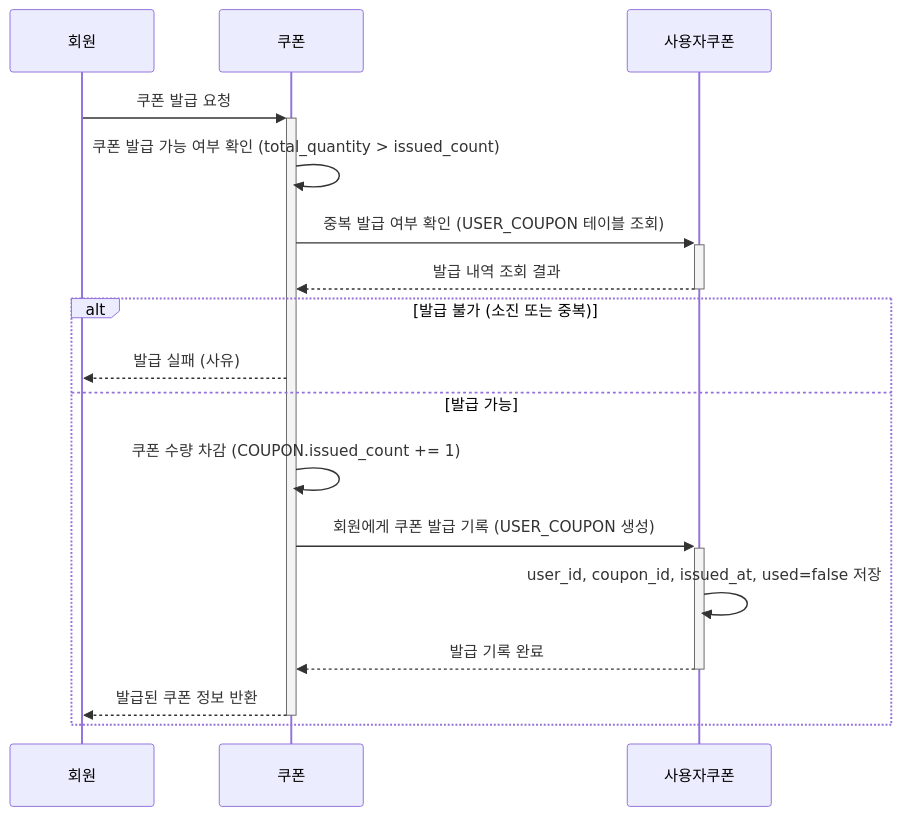
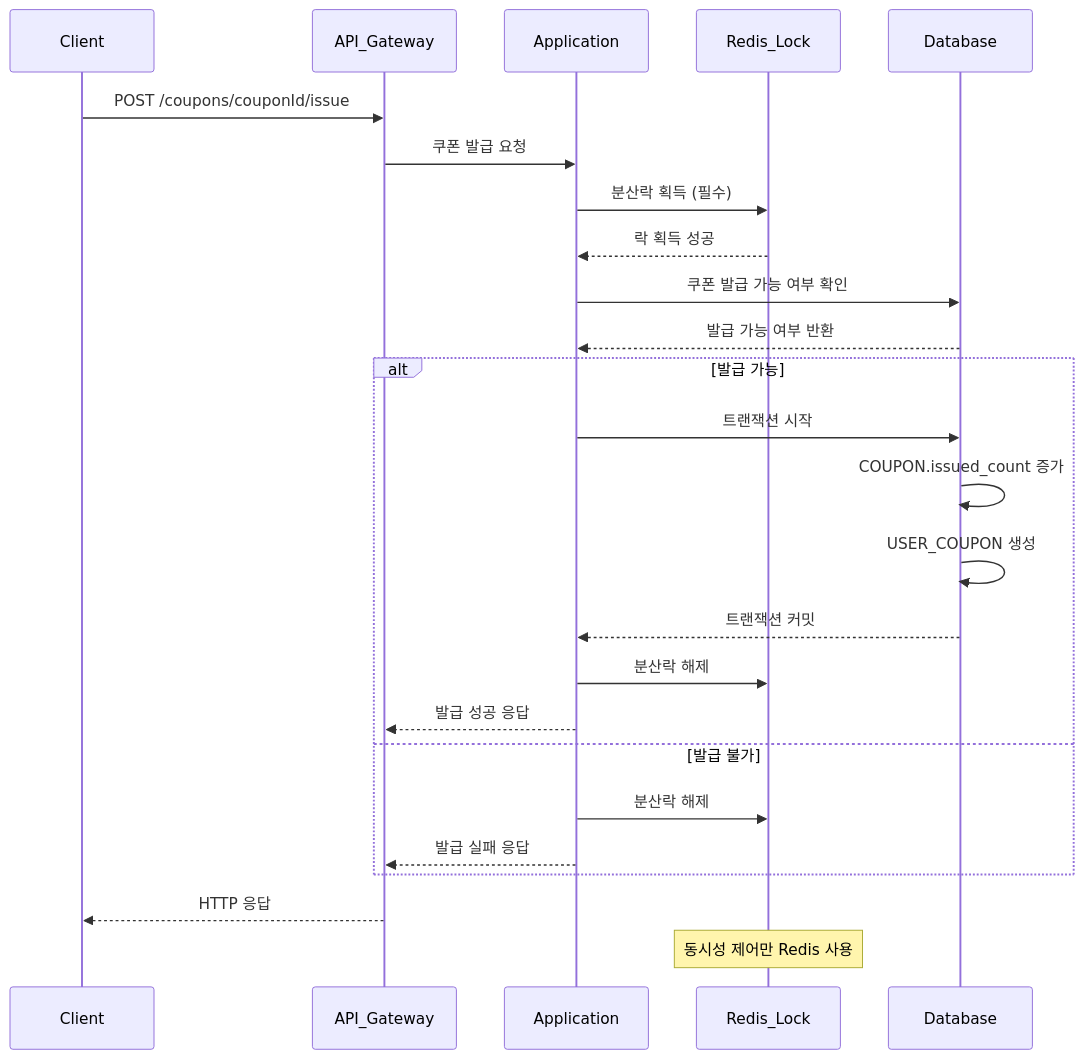
Before and after one commit to yuni02/hhplus-ecommerce: the fourth of 7 diagrams in docs/sequence_diagram.md, drawn with Mermaid. The commit also changed other lines of this file and 2 other files, not shown here.

First line of the commit message:
chore: erd에 상태값 추가하고 시퀀스 다이어그램을 기술적 계층 단위별로 분리하는 방식으로 변경

````diff
--- a/docs/sequence_diagram.md
+++ b/docs/sequence_diagram.md
@@ -59,21 +85,34 @@
 ```mermaid
 sequenceDiagram
-    participant User as 회원
-    participant Coupon as 쿠폰
-    participant UserCoupon as 사용자쿠폰
+    participant Client as Client
+    participant API as API_Gateway
+    participant App as Application
+    participant Redis as Redis_Lock
+    participant DB as Database
 
-    User->>+Coupon: 쿠폰 발급 요청
-    Coupon->>Coupon: 쿠폰 발급 가능 여부 확인 (total_quantity > issued_count)
-    Coupon->>+UserCoupon: 중복 발급 여부 확인 (USER_COUPON 테이블 조회)
-    UserCoupon-->>-Coupon: 발급 내역 조회 결과
+    Client->>API: POST /coupons/couponId/issue
+    API->>App: 쿠폰 발급 요청
 
-    alt 발급 불가 (소진 또는 중복)
-        Coupon-->>User: 발급 실패 (사유)
-    else 발급 가능
-        Coupon->>Coupon: 쿠폰 수량 차감 (COUPON.issued_count += 1)
-        Coupon->>+UserCoupon: 회원에게 쿠폰 발급 기록 (USER_COUPON 생성)
-        UserCoupon->>UserCoupon: user_id, coupon_id, issued_at, used=false 저장
-        UserCoupon-->>-Coupon: 발급 기록 완료
-        Coupon-->>-User: 발급된 쿠폰 정보 반환
+    App->>Redis: 분산락 획득 (필수)
+    Redis-->>App: 락 획득 성공
+
+    App->>DB: 쿠폰 발급 가능 여부 확인
+    DB-->>App: 발급 가능 여부 반환
+
+    alt 발급 가능
+        App->>DB: 트랜잭션 시작
+        DB->>DB: COUPON.issued_count 증가
+        DB->>DB: USER_COUPON 생성
+        DB-->>App: 트랜잭션 커밋
+
+        App->>Redis: 분산락 해제
+        App-->>API: 발급 성공 응답
+    else 발급 불가
+        App->>Redis: 분산락 해제
+        App-->>API: 발급 실패 응답
     end
+
+    API-->>Client: HTTP 응답
+
+    Note over Redis: 동시성 제어만 Redis 사용
 ```
````
